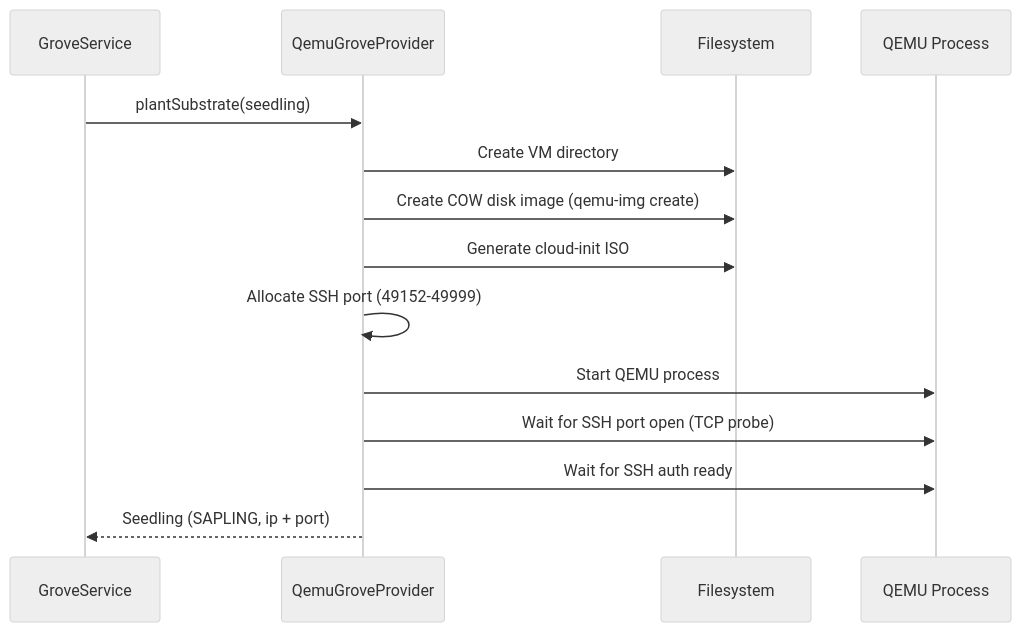
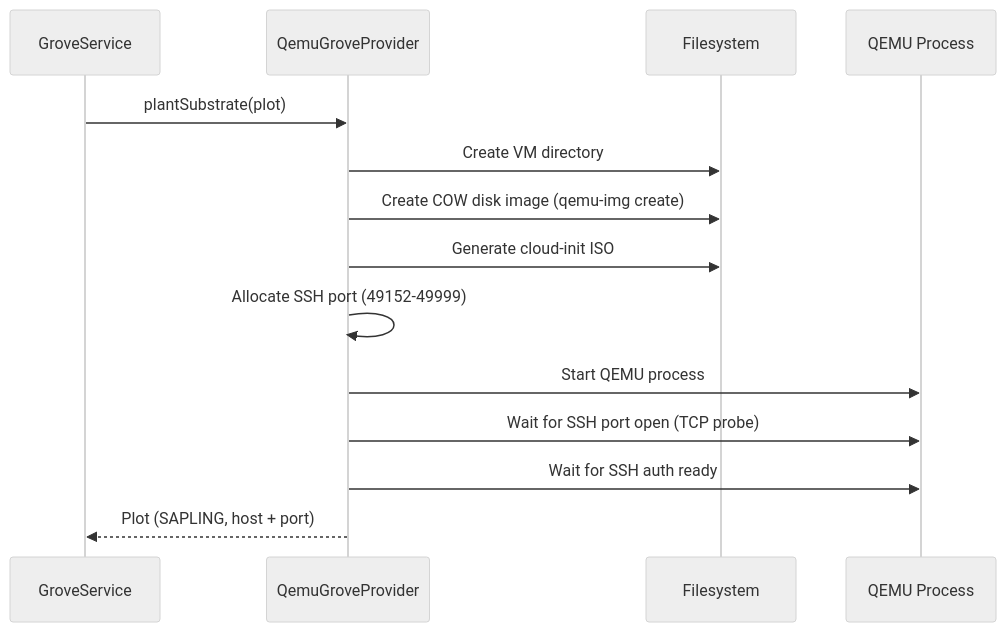
Before and after one commit to orchard-cde/orchard: the fourth of 9 diagrams in docs/architecture/platform-architecture.md, drawn with Mermaid (neutral theme). The commit also changed other lines of this file and 106 other files, not shown here.

````diff
--- a/docs/architecture/platform-architecture.md
+++ b/docs/architecture/platform-architecture.md
@@ -228,17 +236,17 @@
 ```mermaid
 sequenceDiagram
     participant GS as GroveService
     participant QP as QemuGroveProvider
     participant FS as Filesystem
     participant VM as QEMU Process
 
-    GS->>QP: plantSubstrate(seedling)
+    GS->>QP: plantSubstrate(plot)
     QP->>FS: Create VM directory
     QP->>FS: Create COW disk image (qemu-img create)
     QP->>FS: Generate cloud-init ISO
     QP->>QP: Allocate SSH port (49152-49999)
     QP->>VM: Start QEMU process
     QP->>VM: Wait for SSH port open (TCP probe)
     QP->>VM: Wait for SSH auth ready
-    QP-->>GS: Seedling (SAPLING, ip + port)
+    QP-->>GS: Plot (SAPLING, host + port)
 ```
````
